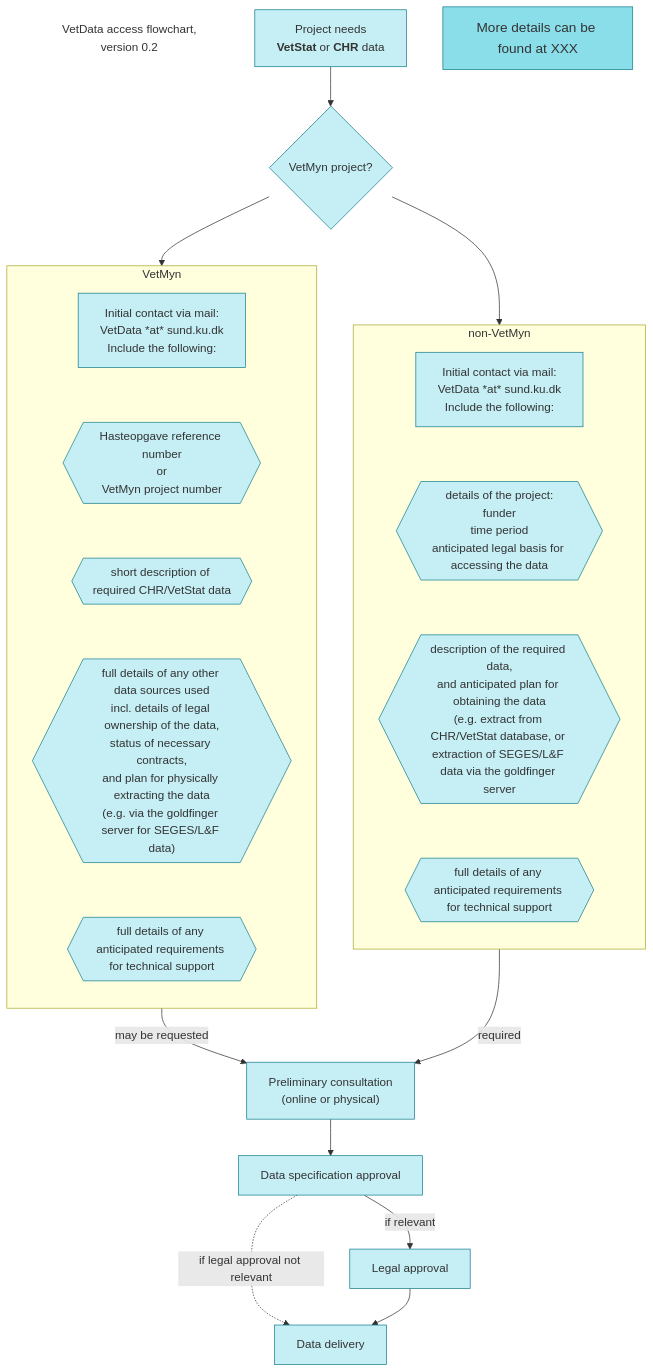
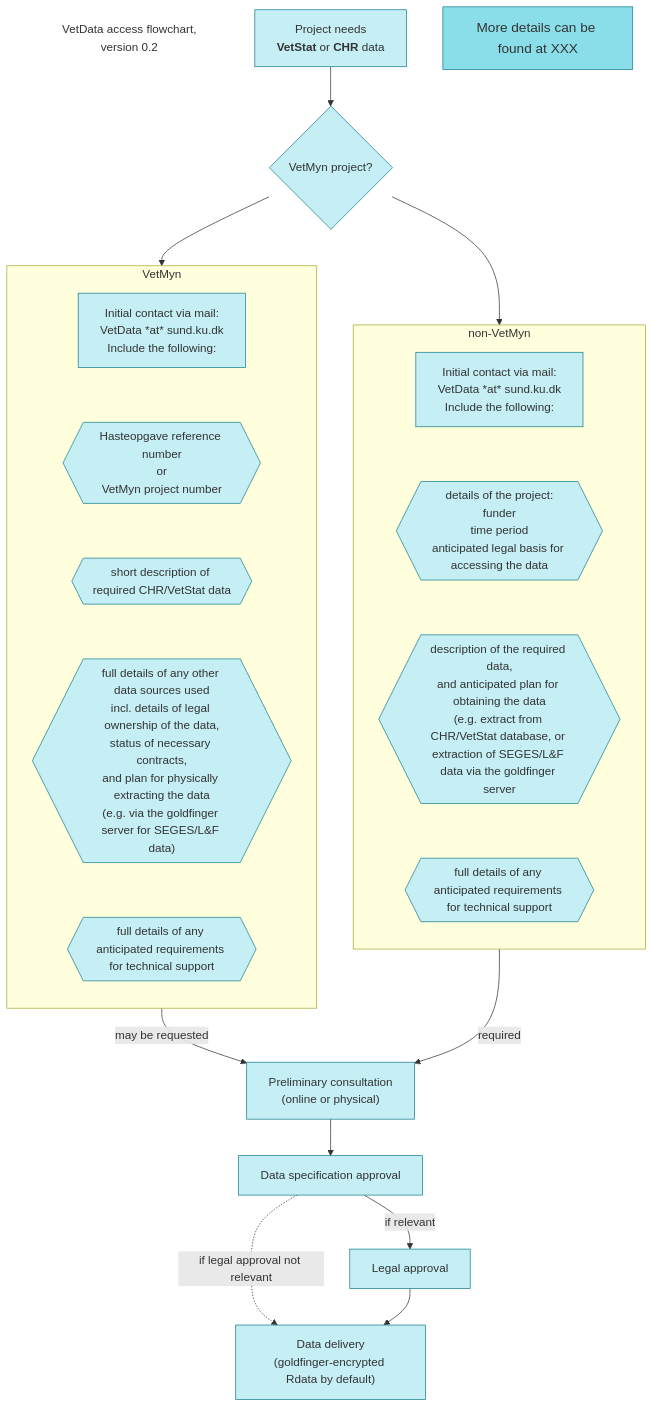
The diagram in vetdata/flowchart_datarequest_v02.mmd (ku-awdc/ku-awdc.github.io), drawn with Mermaid before and after one commit. The commit also changed 2 other files, not shown here.

Commit message:
add information about needing goldfinger profile for data delivery

```diff
--- a/vetdata/flowchart_datarequest_v02.mmd
+++ b/vetdata/flowchart_datarequest_v02.mmd
@@ -1,89 +1,90 @@
 flowchart
 
 classDef version fill:#fff,stroke:#fff
 VERSION["`VetData access flowchart,
 version 0.2`"]
 class VERSION version
 
 classDef KUnode fill:#c5eff5,stroke:#197f8e
 classDef KUimportant fill:#f5c9ca,stroke:#a31d20
 classDef KUinfo fill:#8adeea,stroke:#197f8e,font-size:14pt
 
 A["`Project needs
 **VetStat** or **CHR** data`"]
 
 VM{"`VetMyn project?`"}
 class A,VM KUnode
 
 A --> VM
 
 subgraph VetMyn
 direction TB
 VM1["`Initial contact via mail:
 VetData \*at* sund.ku.dk
 
 Include the following:`"]
 VM1a{{"`Hasteopgave reference number
 or
 VetMyn project number`"}}
 VM1b{{"`short description of required CHR/VetStat data`"}}
 VM1c{{"`full details of any other data sources used
 
 incl. details of legal ownership of the data,
 status of necessary contracts,
 and plan for physically extracting the data
 (e.g. via the goldfinger server for SEGES/L&F data)`"}}
 VM1d{{"`full details of any anticipated requirements for technical support`"}}
 end
 
 class VetMyn KUimportant;
 class VM1,VM1a,VM1b,VM1c,VM1d KUnode;
 
 subgraph non-VetMyn
 direction TB
 nVM1["`Initial contact via mail:
 VetData \*at* sund.ku.dk
 
 Include the following:`"]
 nVM1a{{"`details of the project:
 funder
 time period
 anticipated legal basis for accessing the data`"}}
 nVM1b{{"`description of the required data,
 and anticipated plan for obtaining the data
 (e.g. extract from CHR/VetStat database, or extraction of SEGES/L&F data via the goldfinger server`"}}
 nVM1c{{"`full details of any anticipated requirements for technical support`"}}
 end
 
 class non-VetMyn KUimportant;
 class nVM1,nVM1a,nVM1b,nVM1c KUnode;
 
 VM --> VetMyn
 VM1 ~~~ VM1a
 VM1a ~~~ VM1b
 VM1b ~~~ VM1c
 VM1c ~~~ VM1d
 VM --> non-VetMyn
 nVM1 ~~~ nVM1a
 nVM1a ~~~ nVM1b
 nVM1b ~~~ nVM1c
 
 B["`Preliminary consultation
 (online or physical)`"]
 
 VetMyn -- "may be requested" --> B
 non-VetMyn -- "required" --> B
 
 C["`Data specification approval`"]
 D["`Legal approval`"]
-E["`Data delivery`"]
+E["`Data delivery
+(goldfinger-encrypted Rdata by default)`"]
 
 class B,C,D,E KUnode;
 
 B --> C
 C -. "if legal approval not relevant" .-> E
 C -- "if relevant" --> D
 D --> E
 
 X["`More details can be found at XXX`"]
 class X KUinfo
```
